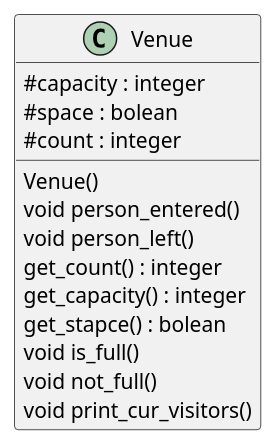
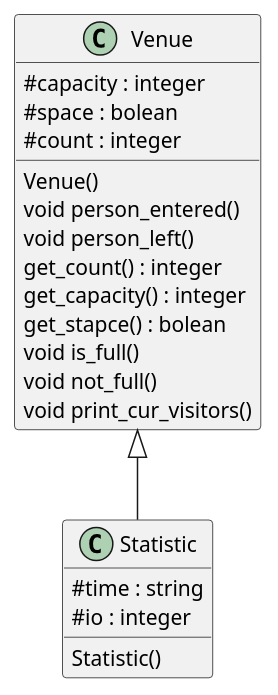
Before and after one commit to SebastianSlash/corona_ppl_count: the diagram in Diagrams/classes.pu, drawn with PlantUML. The commit also changed 2 other files, not shown here.

```diff
--- a/Diagrams/classes.pu
+++ b/Diagrams/classes.pu
@@ -1,18 +1,25 @@
 @startuml
 skinparam classAttributeIconSize 0
-
+Venue <|-- Statistic
 class Venue {
   # capacity : integer
   # space : bolean
   # count : integer
   Venue()
   void person_entered()
   void person_left()
   get_count() : integer
   get_capacity() : integer
   get_stapce() : bolean
   void is_full()
   void not_full()
   void print_cur_visitors()
 }
+
+class Statistic {
+  # time : string
+  # io : integer
+  Statistic()
+
+}
 @enduml
```
